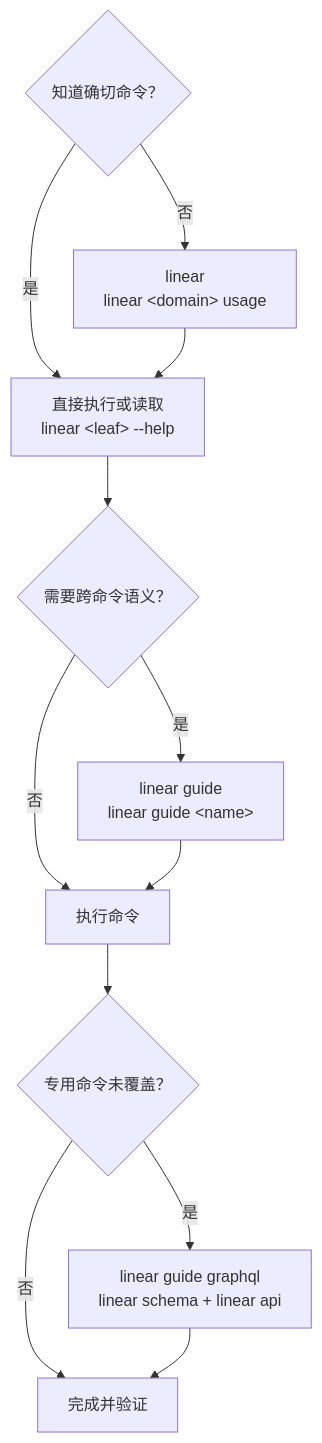
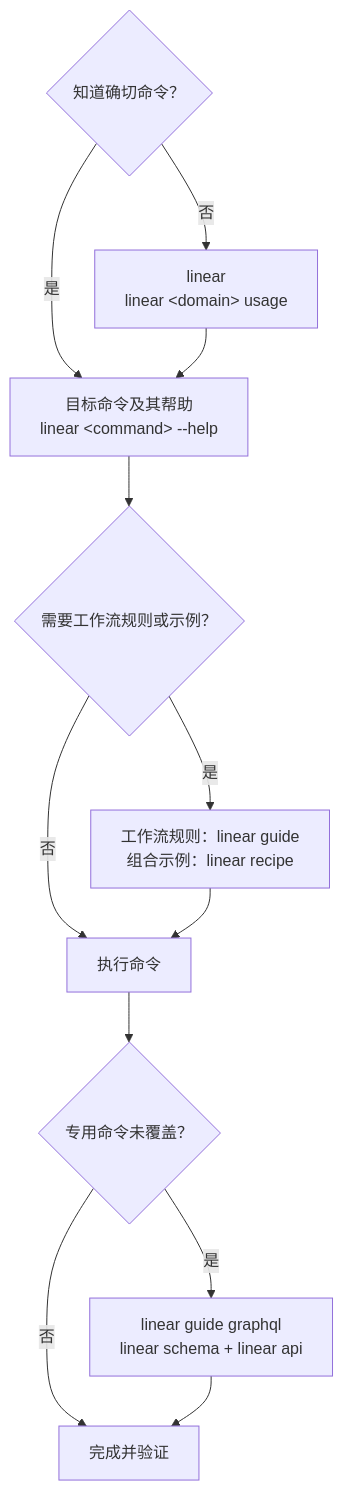
One commit to jihuanshe/linear changed the second of 2 diagrams in README.md. Above: the diagram before and after it, drawn with Mermaid. The commit also changed other lines of this file and 224 other files, not shown here.

````diff
--- a/README.md
+++ b/README.md
@@ -76,15 +82,15 @@
 ```mermaid
 flowchart TD
   start{"知道确切命令？"}
-  start -->|是| leaf["直接执行或读取<br/>linear &lt;leaf&gt; --help"]
+  start -->|是| leaf["目标命令及其帮助<br/>linear &lt;command&gt; --help"]
   start -->|否| usage["linear<br/>linear &lt;domain&gt; usage"]
   usage --> leaf
-  leaf --> workflow{"需要跨命令语义？"}
-  workflow -->|是| guide["linear guide<br/>linear guide &lt;name&gt;"]
+  leaf --> workflow{"需要工作流规则或示例？"}
+  workflow -->|是| guide["工作流规则：linear guide<br/>组合示例：linear recipe"]
   workflow -->|否| run["执行命令"]
   guide --> run
   run --> uncovered{"专用命令未覆盖？"}
   uncovered -->|是| graphql["linear guide graphql<br/>linear schema + linear api"]
   uncovered -->|否| done["完成并验证"]
   graphql --> done
 ```
````
